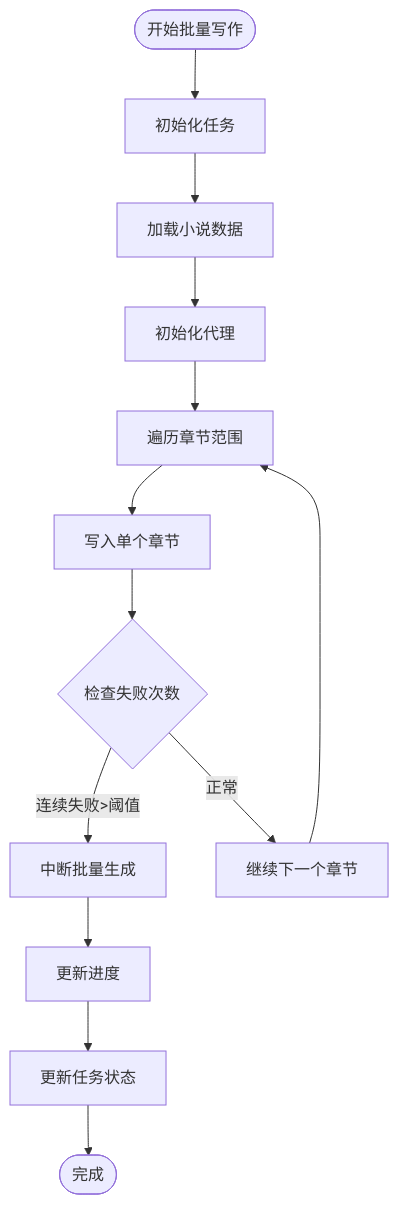
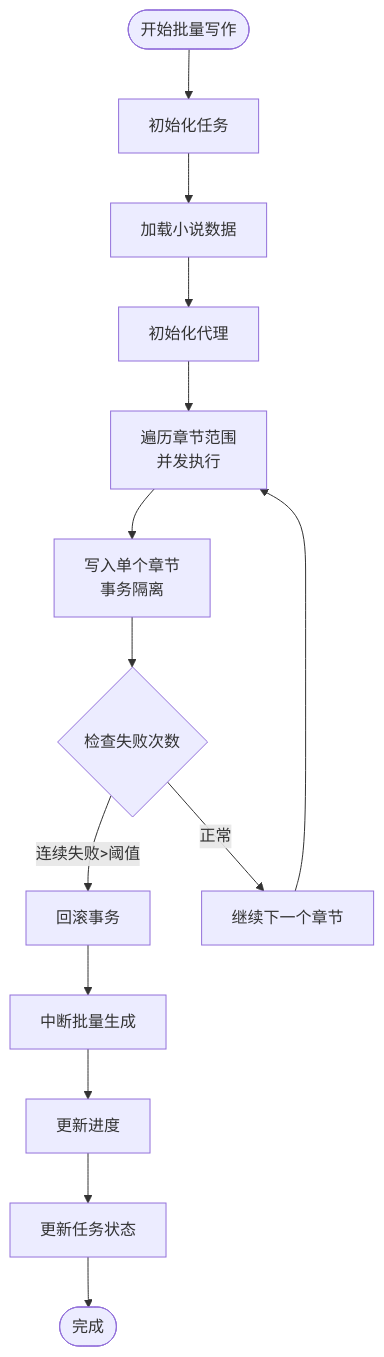
One commit to xfbyxq/ai-novel-system changed the sixth of 10 diagrams in .qoder/repowiki/zh/content/Generation Service.md. Above: the diagram before and after it, drawn with Mermaid. The commit also changed other lines of this file and 10 other files, not shown here.

````diff
--- a/.qoder/repowiki/zh/content/Generation Service.md
+++ b/.qoder/repowiki/zh/content/Generation Service.md
@@ -246,15 +292,16 @@
 ```mermaid
 flowchart TD
 Start([开始批量写作]) --> InitTask["初始化任务"]
 InitTask --> LoadNovel["加载小说数据"]
 LoadNovel --> InitAgent["初始化代理"]
-InitAgent --> LoopChapters["遍历章节范围"]
-LoopChapters --> WriteChapter["写入单个章节"]
+InitAgent --> LoopChapters["遍历章节范围<br/>并发执行"]
+LoopChapters --> WriteChapter["写入单个章节<br/>事务隔离"]
 WriteChapter --> CheckFailures{"检查失败次数"}
-CheckFailures --> |连续失败>阈值| Interrupt["中断批量生成"]
+CheckFailures --> |连续失败>阈值| Rollback["回滚事务"]
+Rollback --> Interrupt["中断批量生成"]
 CheckFailures --> |正常| Continue["继续下一个章节"]
 Continue --> LoopChapters
 Interrupt --> UpdateProgress["更新进度"]
 UpdateProgress --> UpdateTask["更新任务状态"]
 UpdateTask --> End([完成])
 ```
````
